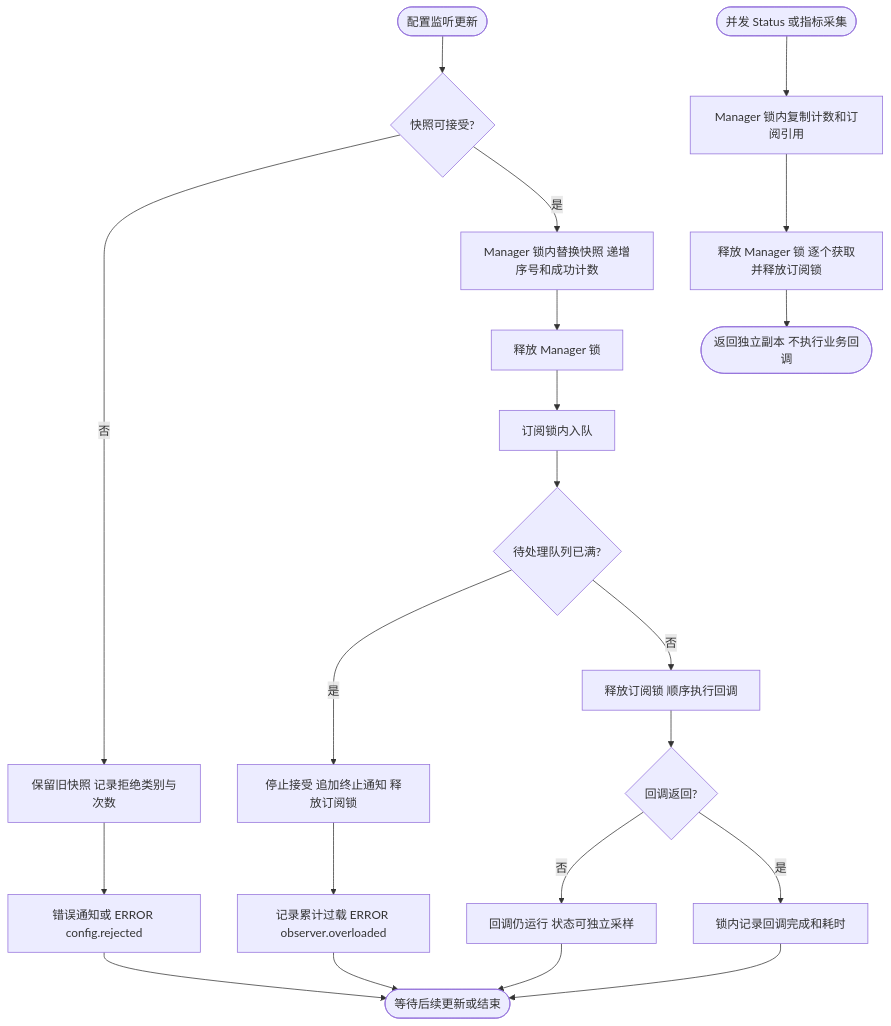
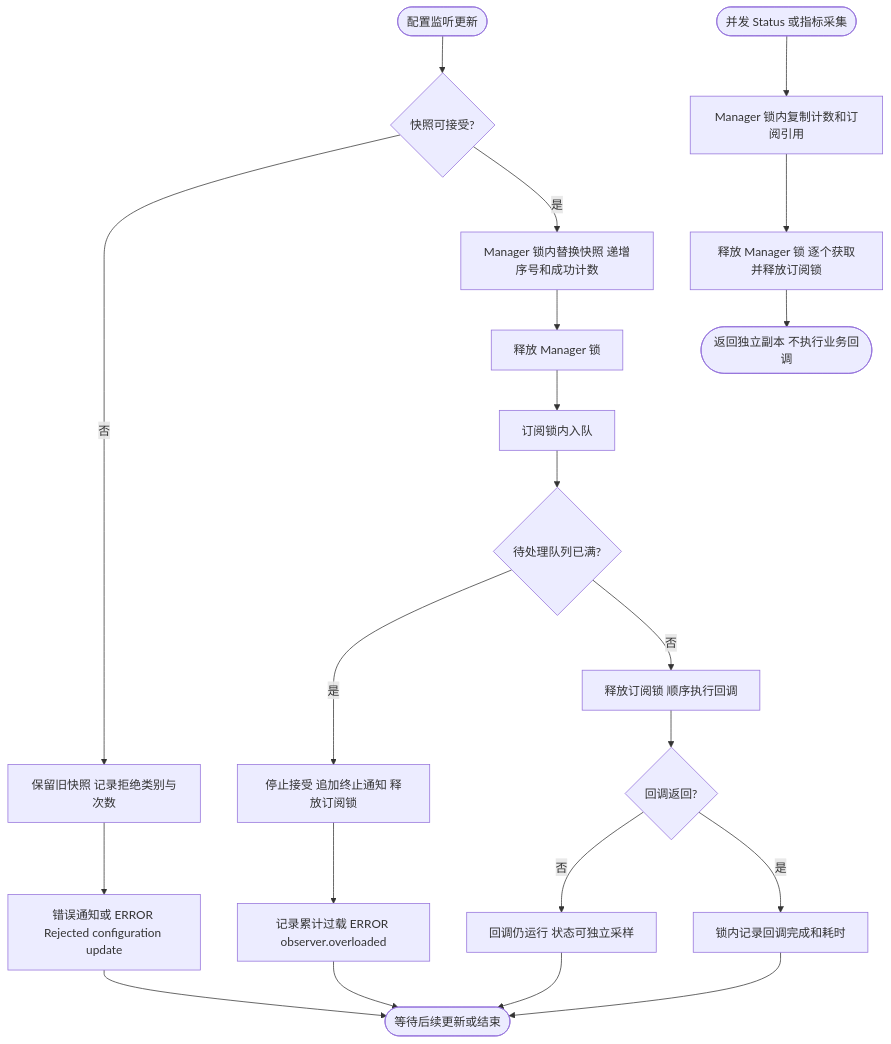
One commit to jaggerzhuang1994/kratos-foundation changed the fourth of 4 diagrams in pkg/config/README.md. Above: the diagram before and after it, drawn with Mermaid. The commit also changed other lines of this file and 96 other files, not shown here.

````diff
--- a/pkg/config/README.md
+++ b/pkg/config/README.md
@@ -282,23 +284,23 @@
 ```mermaid
 flowchart TD
     A([配置监听更新]) --> B{快照可接受?}
     B -- 否 --> C[保留旧快照 记录拒绝类别与次数]
-    C --> D[错误通知或 ERROR config.rejected]
+    C --> D[错误通知或 ERROR Rejected configuration update]
     B -- 是 --> E[Manager 锁内替换快照 递增序号和成功计数]
     E --> F[释放 Manager 锁]
     F --> G[订阅锁内入队]
     G --> H{待处理队列已满?}
     H -- 是 --> I[停止接受 追加终止通知 释放订阅锁]
     I --> J[记录累计过载 ERROR observer.overloaded]
     H -- 否 --> K[释放订阅锁 顺序执行回调]
     K --> L{回调返回?}
     L -- 否 --> M[回调仍运行 状态可独立采样]
     L -- 是 --> N[锁内记录回调完成和耗时]
     D --> O([等待后续更新或结束])
     J --> O
     M --> O
     N --> O
     P([并发 Status 或指标采集]) --> Q[Manager 锁内复制计数和订阅引用]
     Q --> R[释放 Manager 锁 逐个获取并释放订阅锁]
     R --> S([返回独立副本 不执行业务回调])
 ```
````
